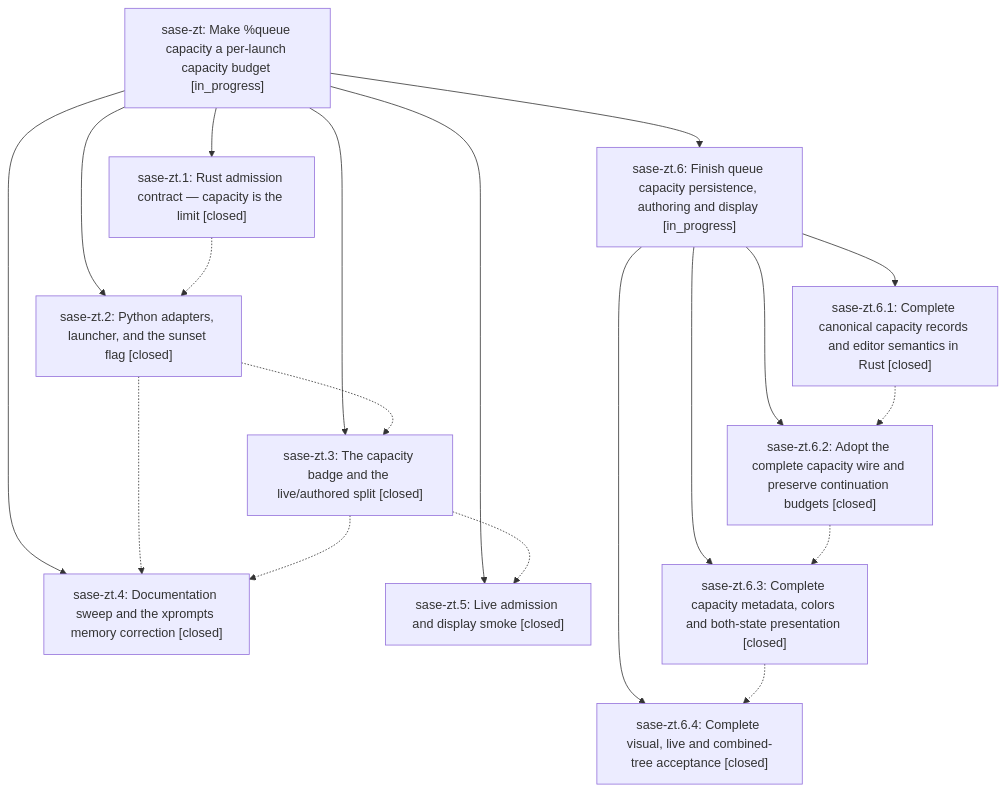
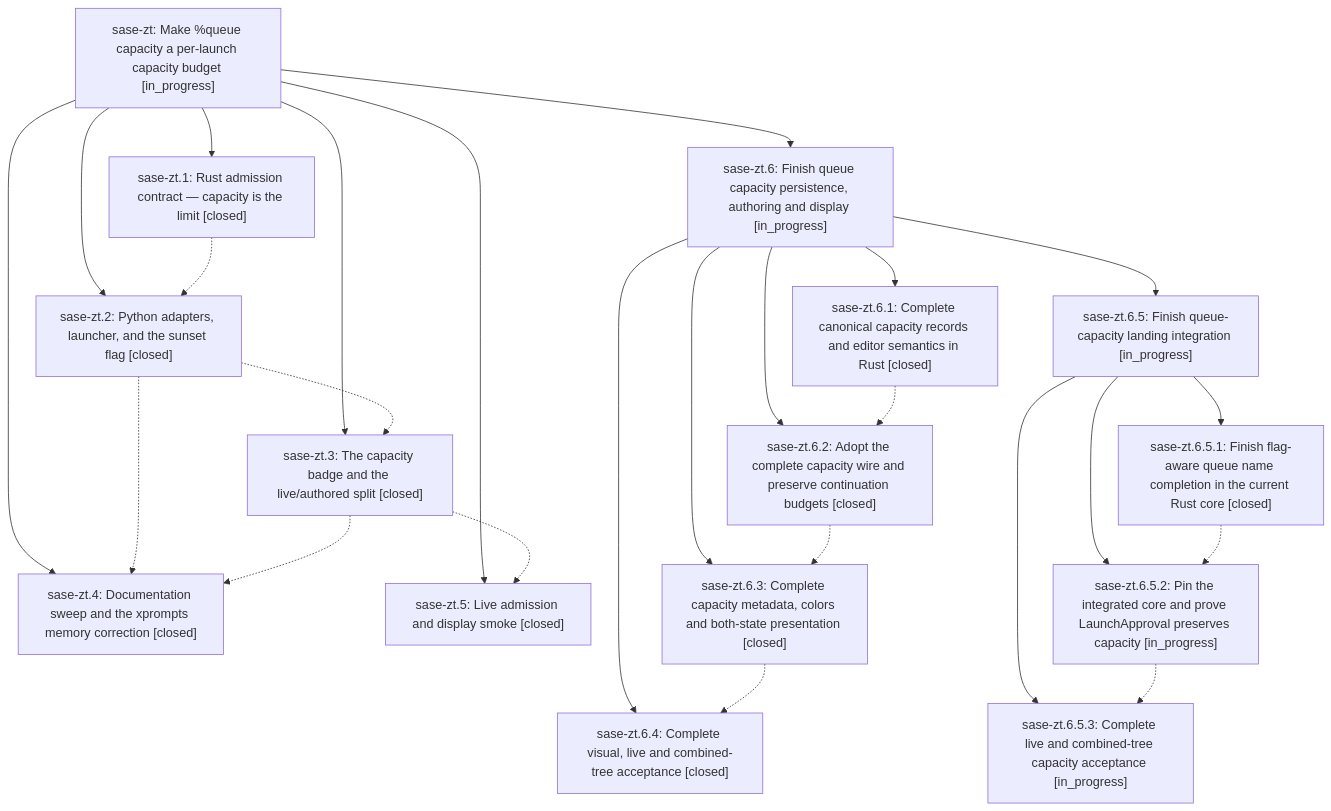
The diagram in pages/sase-zt/README.md (sase-org/sase--beads), drawn with Mermaid before and after one commit. The commit also changed other lines of this file and 5 other files, not shown here.

````diff
--- a/pages/sase-zt/README.md
+++ b/pages/sase-zt/README.md
@@ -50,32 +50,42 @@
 ```mermaid
 flowchart TD
     n0["sase-zt: Make %queue capacity a per-launch capacity budget [in_progress]"]
     n1["sase-zt.1: Rust admission contract — capacity is the limit [closed]"]
     n2["sase-zt.2: Python adapters, launcher, and the sunset flag [closed]"]
     n3["sase-zt.3: The capacity badge and the live/authored split [closed]"]
     n4["sase-zt.4: Documentation sweep and the xprompts memory correction [closed]"]
     n5["sase-zt.5: Live admission and display smoke [closed]"]
     n6["sase-zt.6: Finish queue capacity persistence, authoring and display [in_progress]"]
     n7["sase-zt.6.1: Complete canonical capacity records and editor semantics in Rust [closed]"]
     n8["sase-zt.6.2: Adopt the complete capacity wire and preserve continuation budgets [closed]"]
     n9["sase-zt.6.3: Complete capacity metadata, colors and both-state presentation [closed]"]
     n10["sase-zt.6.4: Complete visual, live and combined-tree acceptance [closed]"]
+    n11["sase-zt.6.5: Finish queue-capacity landing integration [in_progress]"]
+    n12["sase-zt.6.5.1: Finish flag-aware queue name completion in the current Rust core [closed]"]
+    n13["sase-zt.6.5.2: Pin the integrated core and prove LaunchApproval preserves capacity [in_progress]"]
+    n14["sase-zt.6.5.3: Complete live and combined-tree capacity acceptance [in_progress]"]
     n0 --> n1
     n0 --> n2
     n0 --> n3
     n0 --> n4
     n0 --> n5
     n0 --> n6
     n6 --> n7
     n6 --> n8
     n6 --> n9
     n6 --> n10
+    n6 --> n11
+    n11 --> n12
+    n11 --> n13
+    n11 --> n14
     n1 -.-> n2
     n2 -.-> n3
     n2 -.-> n4
     n3 -.-> n4
     n3 -.-> n5
     n7 -.-> n8
     n8 -.-> n9
     n9 -.-> n10
+    n12 -.-> n13
+    n13 -.-> n14
 ```
````
